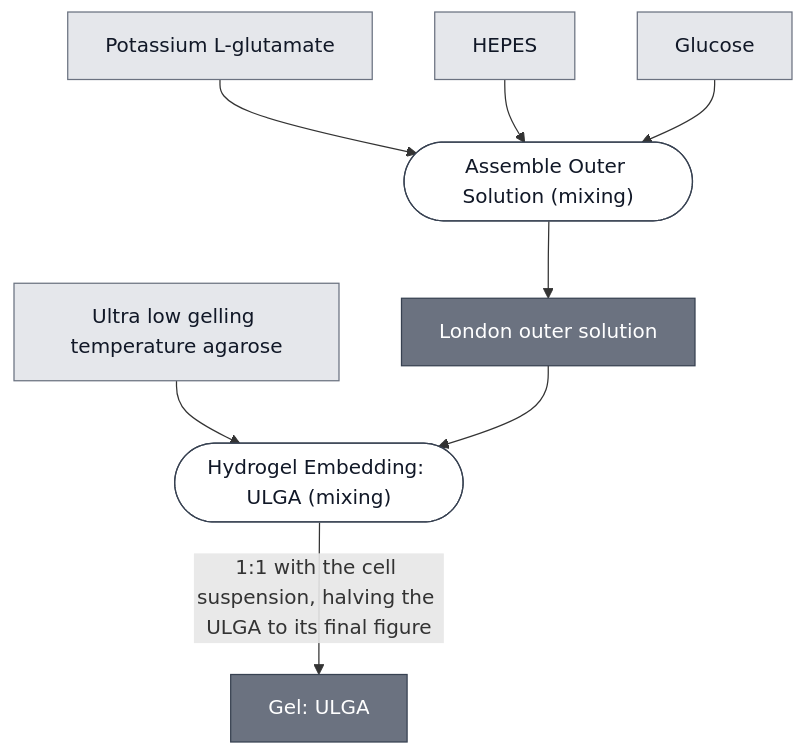
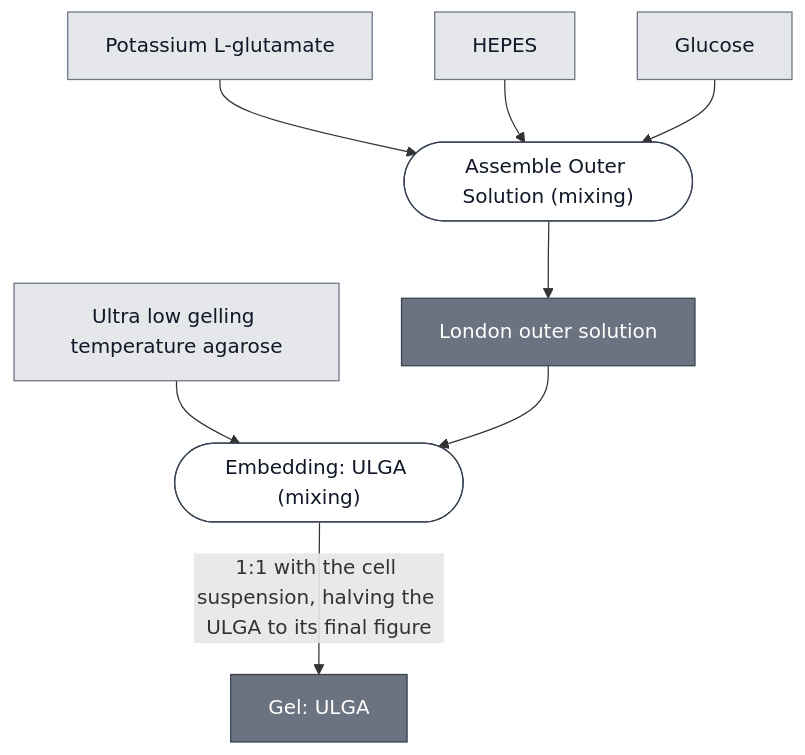
One commit to nucleus-eng/nucleus-docs changed the diagram in docs/modules/gel-ulga/spec.md. Above: the diagram before and after it, drawn with Mermaid. The commit also changed other lines of this file and 42 other files, not shown here.

````diff
--- a/docs/modules/gel-ulga/spec.md
+++ b/docs/modules/gel-ulga/spec.md
@@ -32,33 +32,33 @@
 ```mermaid
 flowchart TD
     ULGA_POWDER["Ultra low gelling temperature agarose"]
     POTASSIUM_GLUTAMATE["Potassium L-glutamate"]
     HEPES["HEPES"]
     GLUCOSE["Glucose"]
 
     P1_ASSEMBLE_OUTER_0(["Assemble Outer Solution (mixing)"])
     OUTER_SOLUTION_LONDON["London outer solution"]
-    P2_SET_THERMAL_0(["Hydrogel Embedding: ULGA (mixing)"])
+    P2_SET_THERMAL_0(["Embedding: ULGA (mixing)"])
     GEL_ULGA["Gel: ULGA"]
 
     POTASSIUM_GLUTAMATE --> P1_ASSEMBLE_OUTER_0
     HEPES --> P1_ASSEMBLE_OUTER_0
     GLUCOSE --> P1_ASSEMBLE_OUTER_0
     P1_ASSEMBLE_OUTER_0 --> OUTER_SOLUTION_LONDON
 
     ULGA_POWDER --> P2_SET_THERMAL_0
     OUTER_SOLUTION_LONDON --> P2_SET_THERMAL_0
     P2_SET_THERMAL_0 -->|"1:1 with the cell suspension, halving the ULGA to its final figure"| GEL_ULGA
 
 
     classDef leaf     fill:#e5e7eb,stroke:#6b7280,color:#111827;
     classDef composed fill:#6b7280,stroke:#374151,color:#ffffff;
     classDef process  fill:#ffffff,stroke:#374151,color:#111827;
     class ULGA_POWDER,POTASSIUM_GLUTAMATE,HEPES,GLUCOSE leaf;
     class OUTER_SOLUTION_LONDON,GEL_ULGA composed;
     class P1_ASSEMBLE_OUTER_0,P2_SET_THERMAL_0 process;
 
     click P1_ASSEMBLE_OUTER_0 "/docs/processes/assemble-outer-solution/main"
     click P2_SET_THERMAL_0 "/docs/processes/embed-ulga-hydrogel/main"
     click GEL_ULGA "/docs/modules/gel-ulga/spec"
 ```
````
